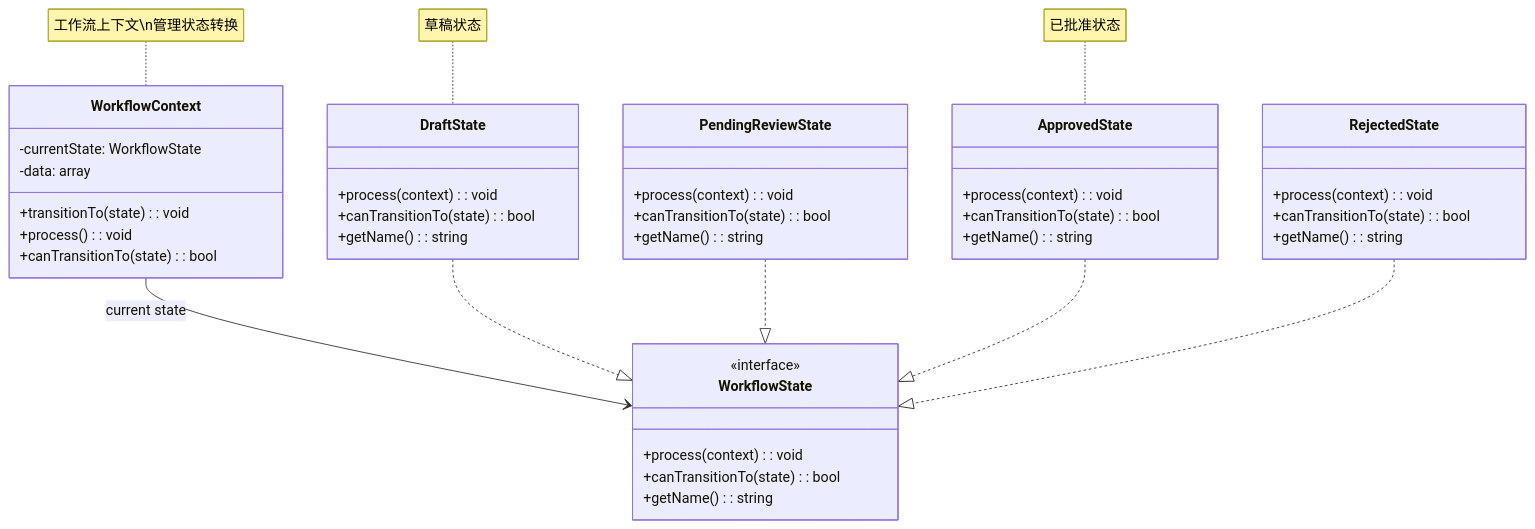
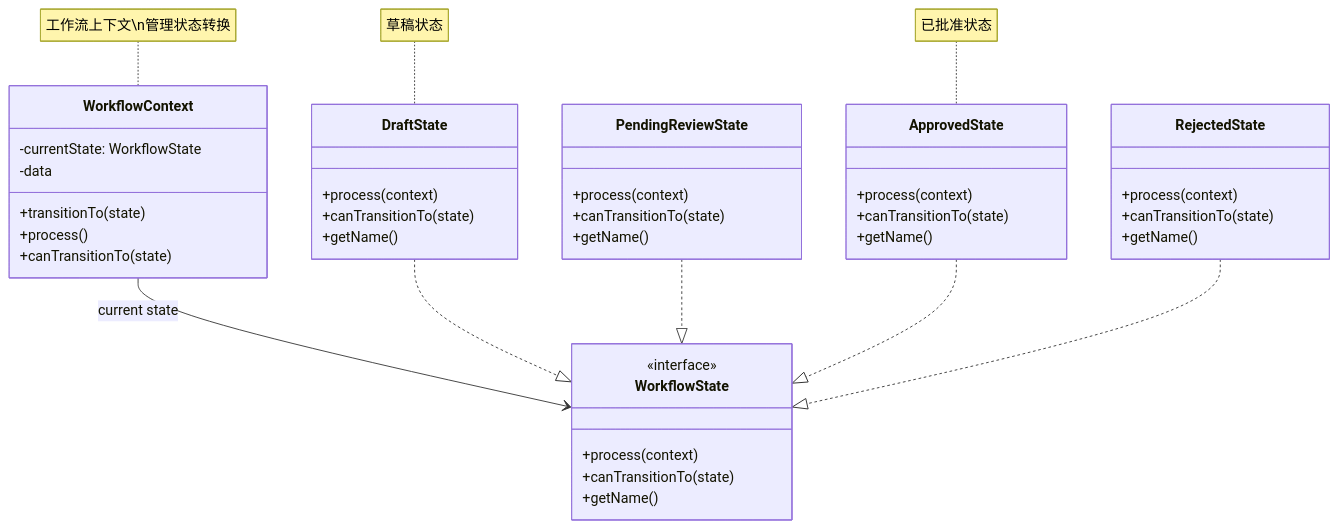
Before and after one commit to fanly/DesignPattern: the second of 5 diagrams in resources/design-patterns/laravel/behavioral/state_zh.md, drawn with Mermaid. The commit also changed other lines of this file and 103 other files, not shown here.

````diff
--- a/resources/design-patterns/laravel/behavioral/state_zh.md
+++ b/resources/design-patterns/laravel/behavioral/state_zh.md
@@ -50,51 +50,51 @@
 ```mermaid
 classDiagram
     class WorkflowContext {
         -currentState: WorkflowState
-        -data: array
-        +transitionTo(state): void
-        +process(): void
-        +canTransitionTo(state): bool
+        -data
+        +transitionTo(state)
+        +process()
+        +canTransitionTo(state)
     }
     
     class WorkflowState {
         <<interface>>
-        +process(context): void
-        +canTransitionTo(state): bool
-        +getName(): string
+        +process(context)
+        +canTransitionTo(state)
+        +getName()
     }
     
     class DraftState {
-        +process(context): void
-        +canTransitionTo(state): bool
-        +getName(): string
+        +process(context)
+        +canTransitionTo(state)
+        +getName()
     }
     
     class PendingReviewState {
-        +process(context): void
-        +canTransitionTo(state): bool
-        +getName(): string
+        +process(context)
+        +canTransitionTo(state)
+        +getName()
     }
     
     class ApprovedState {
-        +process(context): void
-        +canTransitionTo(state): bool
-        +getName(): string
+        +process(context)
+        +canTransitionTo(state)
+        +getName()
     }
     
     class RejectedState {
-        +process(context): void
-        +canTransitionTo(state): bool
-        +getName(): string
+        +process(context)
+        +canTransitionTo(state)
+        +getName()
     }
     
     WorkflowContext --> WorkflowState : current state
     DraftState ..|> WorkflowState
     PendingReviewState ..|> WorkflowState
     ApprovedState ..|> WorkflowState
     RejectedState ..|> WorkflowState
     
     note for WorkflowContext "工作流上下文\n管理状态转换"
     note for DraftState "草稿状态"
     note for ApprovedState "已批准状态"
 ```
````
